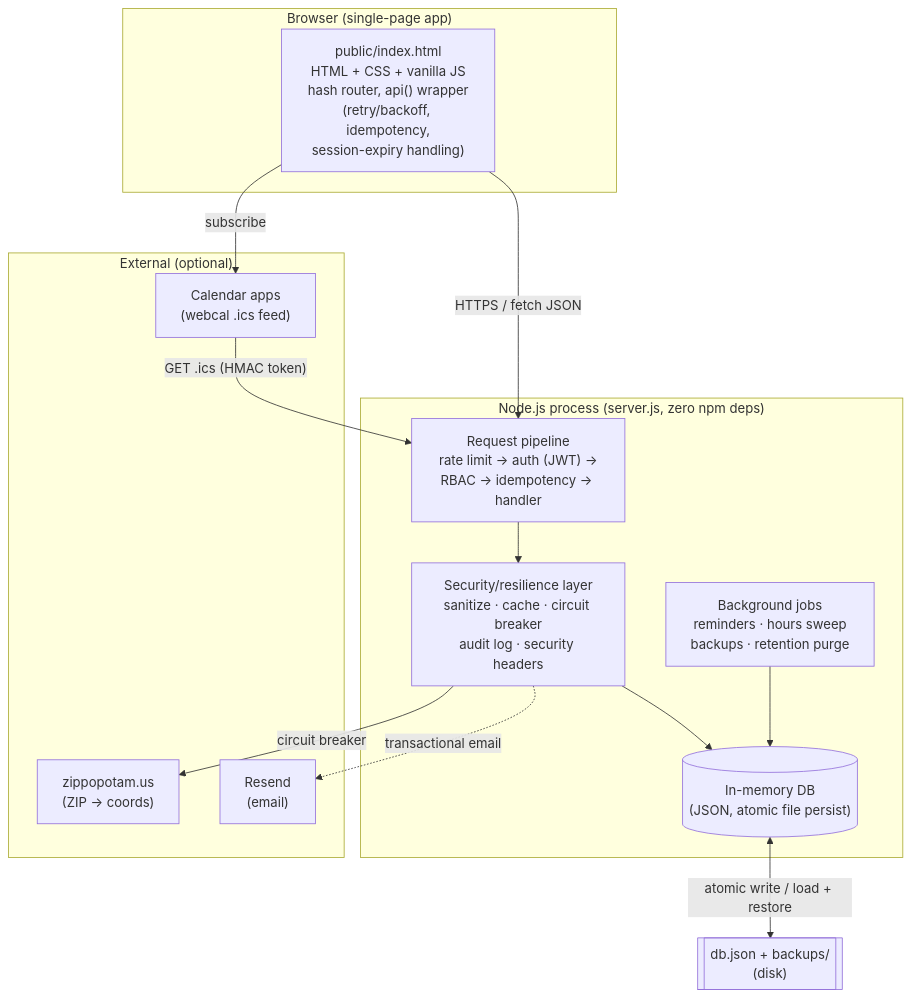
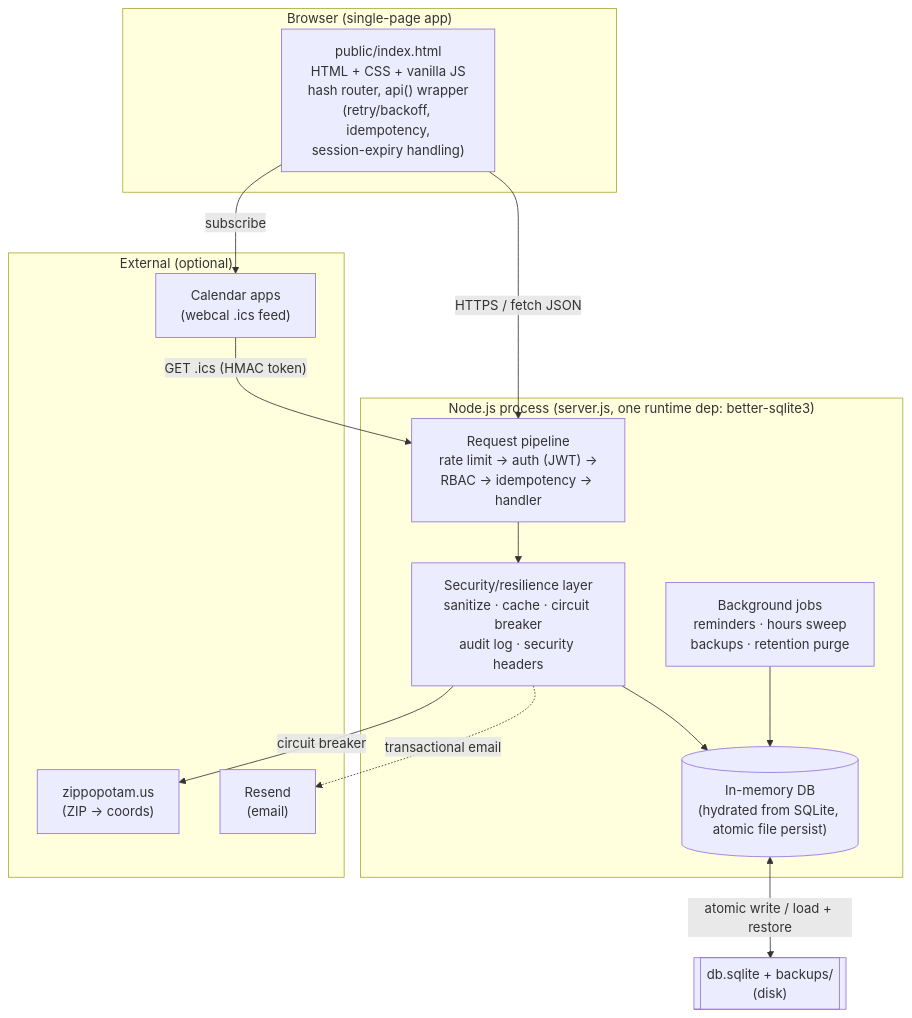
One commit to Evan-Daruwalla/ServeLocal changed the diagram in docs/architecture.md. Above: the diagram before and after it, drawn with Mermaid. The commit also changed other lines of this file and 23 other files, not shown here.

````diff
--- a/docs/architecture.md
+++ b/docs/architecture.md
@@ -8,30 +8,30 @@
 ```mermaid
 flowchart TB
   subgraph Client["Browser (single-page app)"]
     SPA["public/index.html<br/>HTML + CSS + vanilla JS<br/>hash router, api() wrapper<br/>(retry/backoff, idempotency,<br/>session-expiry handling)"]
   end
 
-  subgraph Server["Node.js process (server.js, zero npm deps)"]
+  subgraph Server["Node.js process (server.js, one runtime dep: better-sqlite3)"]
     MW["Request pipeline<br/>rate limit → auth (JWT) →<br/>RBAC → idempotency → handler"]
     SEC["Security/resilience layer<br/>sanitize · cache · circuit breaker<br/>audit log · security headers"]
     JOBS["Background jobs<br/>reminders · hours sweep<br/>backups · retention purge"]
-    DB[("In-memory DB<br/>(JSON, atomic file persist)")]
+    DB[("In-memory DB<br/>(hydrated from SQLite, atomic file persist)")]
   end
 
   subgraph Ext["External (optional)"]
     ZIP["zippopotam.us<br/>(ZIP → coords)"]
     RESEND["Resend<br/>(email)"]
     CAL["Calendar apps<br/>(webcal .ics feed)"]
   end
 
-  FS[["db.json + backups/<br/>(disk)"]]
+  FS[["db.sqlite + backups/<br/>(disk)"]]
 
   SPA -->|"HTTPS / fetch JSON"| MW
   MW --> SEC --> DB
   DB <-->|"atomic write / load + restore"| FS
   SEC -->|"circuit breaker"| ZIP
   SEC -.->|"transactional email"| RESEND
   SPA -->|"subscribe"| CAL
   CAL -->|"GET .ics (HMAC token)"| MW
   JOBS --> DB
 ```
````
